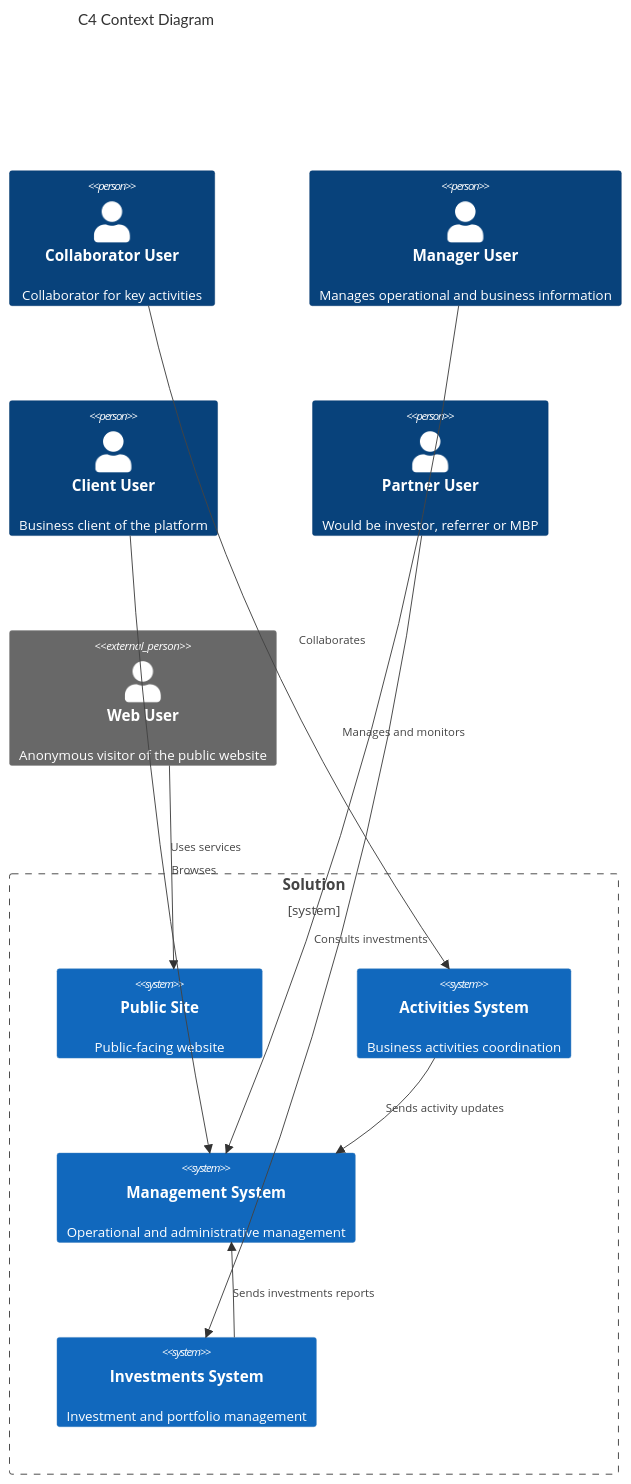
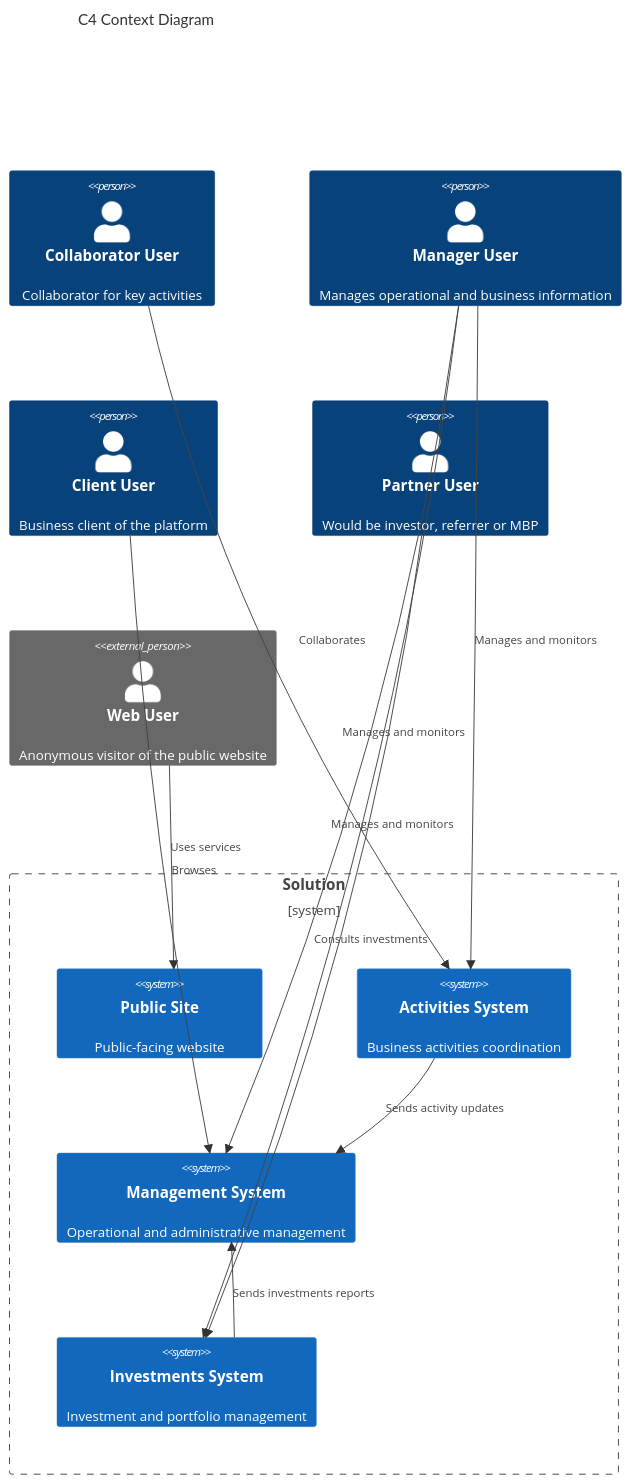
One commit to git-jrm/management-system changed the first of 4 diagrams in ARCHITECTURE.md. Above: the diagram before and after it, drawn with Mermaid.

````diff
--- a/ARCHITECTURE.md
+++ b/ARCHITECTURE.md
@@ -3,28 +3,30 @@
 ```mermaid
 C4Context
     title C4 Context Diagram
     
     Person(p_partner, "Collaborator User", "Collaborator for key activities")
     Person(p_mgmt, "Manager User", "Manages operational and business information")
     Person(p_client, "Client User", "Business client of the platform")
     Person(p_investor, "Partner User", "Would be investor, referrer or MBP")
     Person_Ext(p_web, "Web User", "Anonymous visitor of the public website")
 
     Boundary(b_system, "Solution") {
 
         System(sys_public_web, "Public Site", "Public-facing website")
         Rel(p_web, sys_public_web, "Browses")
 
         System(sys_activities, "Activities System", "Business activities coordination")
         Rel(p_partner, sys_activities, "Collaborates")
         Rel(sys_activities, sys_management, "Sends activity updates")
 
         System(sys_management, "Management System", "Operational and administrative management")
         Rel(p_client, sys_management, "Uses services")
         Rel(p_mgmt, sys_management, "Manages and monitors")
+        Rel(p_mgmt, sys_investments, "Manages and monitors")
+        Rel(p_mgmt, sys_activities, "Manages and monitors")
 
         System(sys_investments, "Investments System", "Investment and portfolio management")
         Rel(p_investor, sys_investments, "Consults investments")
         Rel(sys_investments, sys_management, "Sends investments reports")
     }
 ```
````
